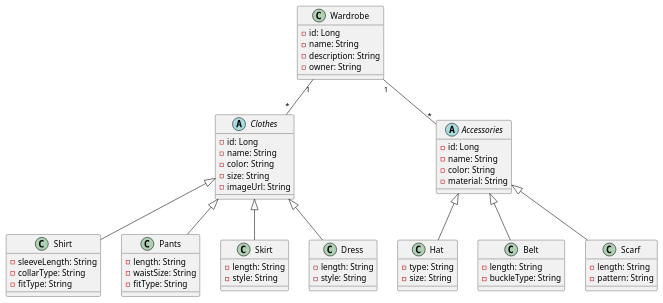
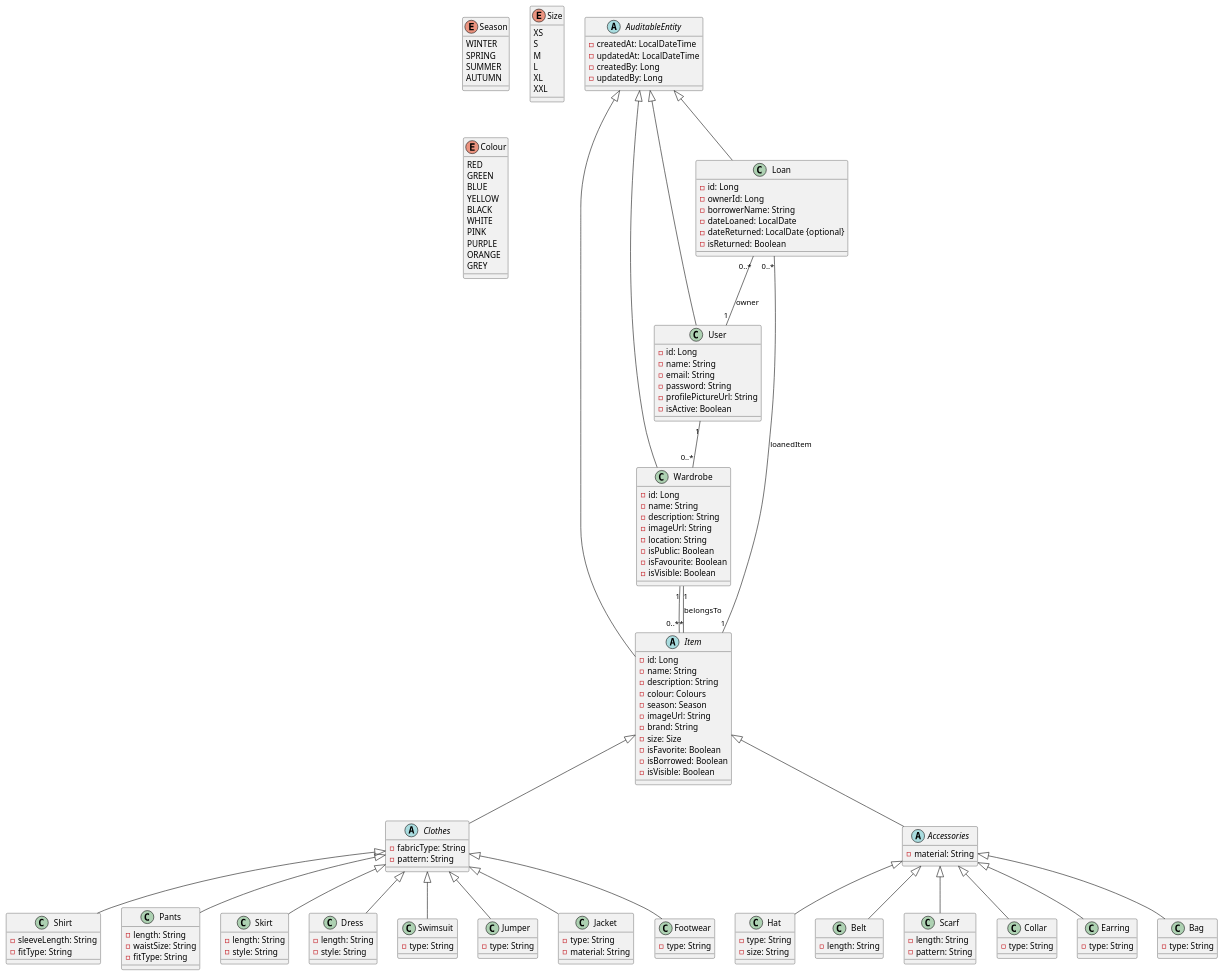
Before and after one commit to lapencadev/closet-app: the diagram in src/main/resources/diagrams/classes.puml, drawn with PlantUML. The commit also changed 9 other files, not shown here.

```diff
--- a/src/main/resources/diagrams/classes.puml
+++ b/src/main/resources/diagrams/classes.puml
@@ -1,74 +1,198 @@
 @startuml
+'ENUMS
+enum Season {
+    WINTER
+    SPRING
+    SUMMER
+    AUTUMN
+}
+enum Size {
+    XS
+    S
+    M
+    L
+    XL
+    XXL
+}
+enum Colour {
+    RED
+    GREEN
+    BLUE
+    YELLOW
+    BLACK
+    WHITE
+    PINK
+    PURPLE
+    ORANGE
+    GREY
+}
 
+'-------------------
+' SUPERCLASE PARA AUDITORÍA
+abstract class AuditableEntity {
+    - createdAt: LocalDateTime
+    - updatedAt: LocalDateTime
+    - createdBy: Long
+    - updatedBy: Long
+}
+
+'-------------------
+' USUARIO
+class User {
+    - id: Long
+    - name: String
+    - email: String
+    - password: String
+    - profilePictureUrl: String
+    - isActive: Boolean
+}
+
+'-------------------
+' ARMARIO
 class Wardrobe {
     - id: Long
     - name: String
     - description: String
-    - owner: String
+    - imageUrl: String
+    - location: String
+    - isPublic: Boolean
+    - isFavourite: Boolean
+    - isVisible: Boolean
 }
 
+'-------------------
+' SUPERCLASE ÍTEM
+abstract class Item {
+  - id: Long
+  - name: String
+  - description: String
+  - colour: Colours
+  - season: Season
+  - imageUrl: String
+  - brand: String
+  - size: Size
+  - isFavorite: Boolean
+  - isBorrowed: Boolean
+  - isVisible: Boolean
+}
+
+'-------------------
+' ROPA (hereda de Item)
 abstract class Clothes {
-    - id: Long
-    - name: String
-    - color: String
-    - size: String
-    - imageUrl: String
+    - fabricType: String
+    - pattern: String
 }
 
 class Shirt {
     - sleeveLength: String
-    - collarType: String
     - fitType: String
 }
 
 class Pants {
     - length: String
     - waistSize: String
     - fitType: String
 }
 
 class Skirt {
     - length: String
     - style: String
 }
 
 class Dress {
     - length: String
     - style: String
 }
 
+class Swimsuit {
+    - type: String
+}
+
+class Jumper {
+    - type: String
+}
+
+class Jacket {
+    - type: String
+    - material: String
+}
+
+class Footwear {
+    - type: String
+}
+
+'-------------------
+' ACCESORIOS (hereda de Item)
 abstract class Accessories {
-    - id: Long
-    - name: String
-    - color: String
     - material: String
 }
 
 class Hat {
     - type: String
     - size: String
 }
 
 class Belt {
     - length: String
-    - buckleType: String
 }
 
 class Scarf {
     - length: String
     - pattern: String
 }
 
-Wardrobe "1" -- "*" Clothes
-Wardrobe "1" -- "*" Accessories
+class Collar {
+    - type: String
+}
+
+class Earring {
+    - type: String
+}
+class Bag {
+    - type: String
+}
+
+'-------------------
+' PRÉSTAMOS
+class Loan {
+  - id: Long
+  - ownerId: Long
+  - borrowerName: String
+  - dateLoaned: LocalDate
+  - dateReturned: LocalDate {optional}
+  - isReturned: Boolean
+}
+
+Wardrobe "1" -- "0..*" Item
+
+User "1" -- "0..*" Wardrobe
+
+Item <|-- Clothes
+Item <|-- Accessories
+Item "*" -- "1" Wardrobe : belongsTo
+
+Loan "0..*" -- "1" Item : loanedItem
+Loan "0..*" -- "1" User : owner
 
 Clothes <|-- Shirt
 Clothes <|-- Pants
 Clothes <|-- Skirt
 Clothes <|-- Dress
+Clothes <|-- Jacket
+Clothes <|-- Jumper
+Clothes <|-- Swimsuit
+Clothes <|-- Footwear
 
 Accessories <|-- Hat
 Accessories <|-- Belt
 Accessories <|-- Scarf
+Accessories <|-- Collar
+Accessories <|-- Earring
+Accessories <|-- Bag
+
+AuditableEntity <|-- Wardrobe
+AuditableEntity <|-- Item
+AuditableEntity <|-- Loan
+AuditableEntity <|-- User
 
 @enduml
```
